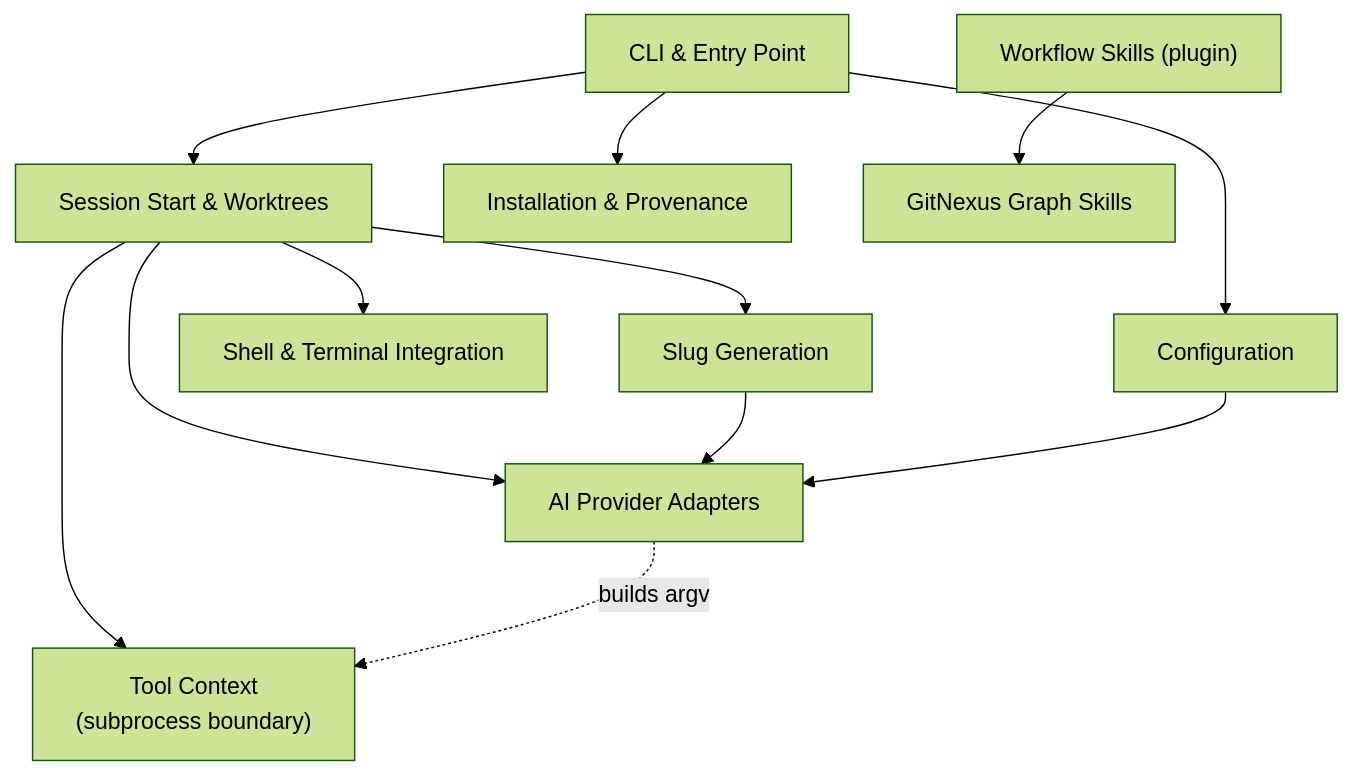
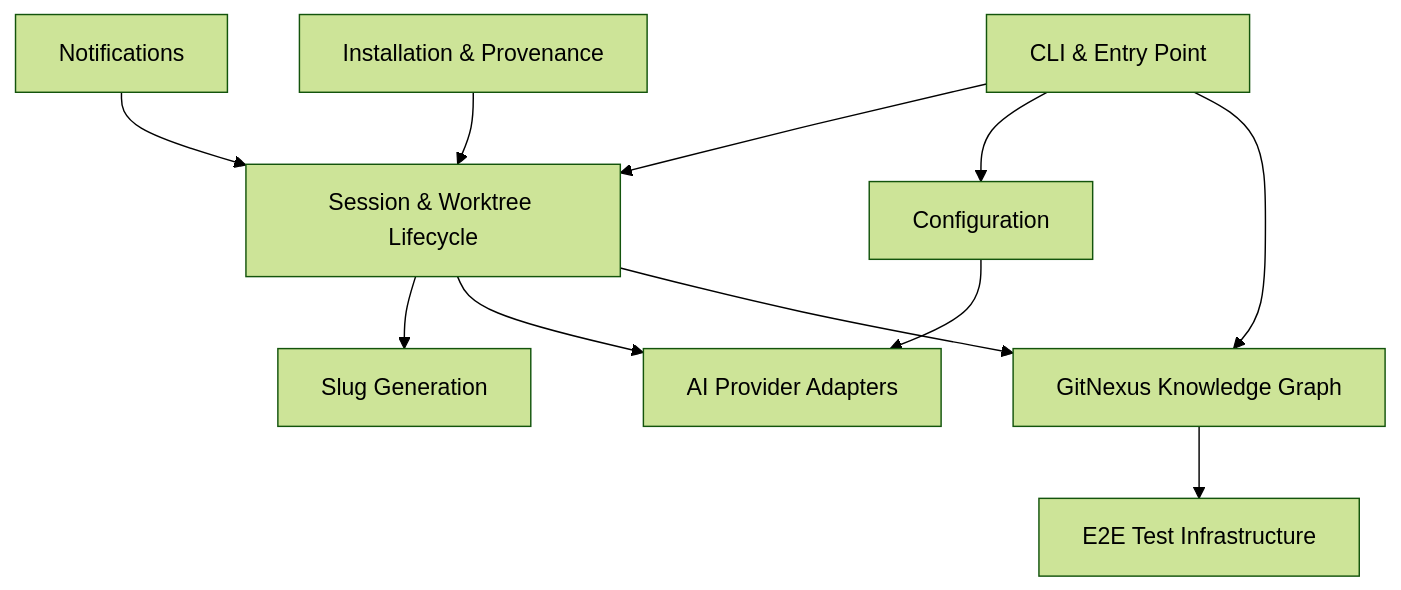
One commit to chris-husse/oh-my-clanker changed the diagram in tests/e2e/artifacts/omc-wiki/overview.md. Above: the diagram before and after it, drawn with Mermaid (forest theme). The commit also changed other lines of this file and 138 other files, not shown here.

````diff
--- a/tests/e2e/artifacts/omc-wiki/overview.md
+++ b/tests/e2e/artifacts/omc-wiki/overview.md
@@ -22,25 +36,23 @@
 ```mermaid
 graph TD
     CLI["CLI & Entry Point"]
-    Start["Session Start & Worktrees"]
+    Session["Session & Worktree Lifecycle"]
     Slug["Slug Generation"]
+    Providers["AI Provider Adapters"]
     Config["Configuration"]
-    Providers["AI Provider Adapters"]
-    Ctx["Tool Context<br/>(subprocess boundary)"]
-    ShellTerm["Shell & Terminal Integration"]
+    GitNexus["GitNexus Knowledge Graph"]
+    Notify["Notifications"]
     Install["Installation & Provenance"]
-    Skills["Workflow Skills (plugin)"]
-    GitNexus["GitNexus Graph Skills"]
+    E2E["E2E Test Infrastructure"]
 
-    CLI --> Start
+    CLI --> Session
     CLI --> Config
-    CLI --> Install
-    Start --> Slug
-    Start --> Providers
-    Start --> ShellTerm
-    Slug --> Providers
+    CLI --> GitNexus
+    Session --> Slug
+    Session --> Providers
+    Session --> GitNexus
     Config --> Providers
-    Start --> Ctx
-    Providers -.builds argv.-> Ctx
-    Skills --> GitNexus
+    Notify --> Session
+    Install --> Session
+    GitNexus --> E2E
 ```
````
